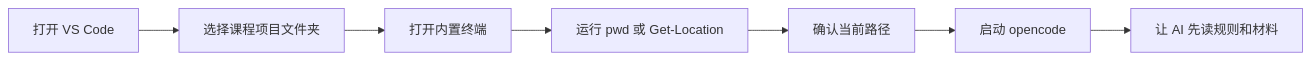
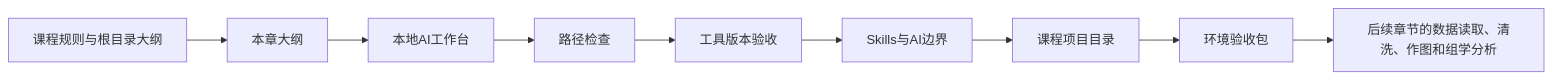
The first of 3 diagrams in docs/chapters/chapter-2/index.md (luvega/AI_MED_DataVis), drawn with Mermaid before and after one commit. The commit also changed other lines of this file and 8 other files, not shown here.

````diff
--- a/docs/chapters/chapter-2/index.md
+++ b/docs/chapters/chapter-2/index.md
@@ -137,9 +52,11 @@
 ```mermaid
 flowchart LR
-  A["打开 VS Code"] --> B["选择课程项目文件夹"]
-  B --> C["打开内置终端"]
-  C --> D["运行 pwd 或 Get-Location"]
-  D --> E["确认当前路径"]
-  E --> F["启动 opencode"]
-  F --> G["让 AI 先读规则和材料"]
+  A["课程规则与根目录大纲"] --> B["本章大纲"]
+  B --> C["本地AI工作台"]
+  C --> D["路径检查"]
+  D --> E["工具版本验收"]
+  E --> F["Skills与AI边界"]
+  F --> G["课程项目目录"]
+  G --> H["环境验收包"]
+  H --> I["后续章节的数据读取、清洗、作图和组学分析"]
 ```
````
